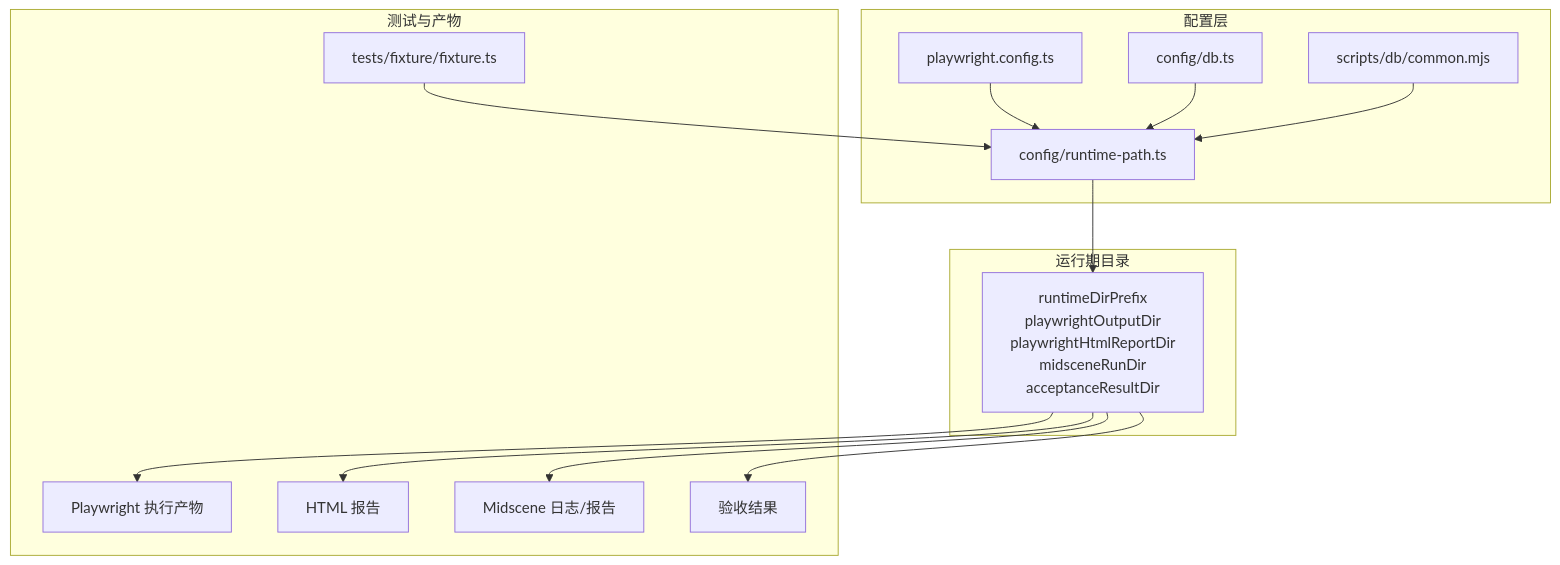
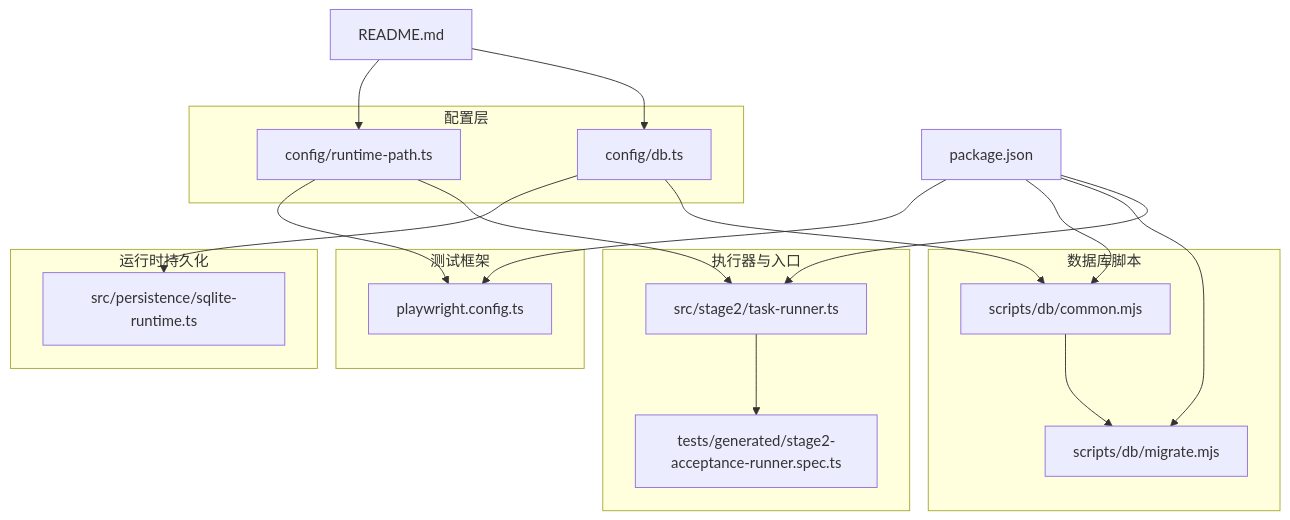
Before and after one commit to Jiane-EJ/playwright-mind: the first of 6 diagrams in .qoder/repowiki/zh/content/配置管理系统/环境变量管理.md, drawn with Mermaid. The commit also changed other lines of this file and 151 other files, not shown here.

````diff
--- a/.qoder/repowiki/zh/content/配置管理系统/环境变量管理.md
+++ b/.qoder/repowiki/zh/content/配置管理系统/环境变量管理.md
@@ -39,28 +44,35 @@
 ```mermaid
 graph TB
 subgraph "配置层"
-PWC["playwright.config.ts"]
-RTP["config/runtime-path.ts"]
-DBT["config/db.ts"]
-CMM["scripts/db/common.mjs"]
+RP["config/runtime-path.ts"]
+DBCFG["config/db.ts"]
 end
-subgraph "运行期目录"
-RDP["runtimeDirPrefix<br/>playwrightOutputDir<br/>playwrightHtmlReportDir<br/>midsceneRunDir<br/>acceptanceResultDir"]
+subgraph "测试框架"
+PCFG["playwright.config.ts"]
 end
-subgraph "测试与产物"
-FIX["tests/fixture/fixture.ts"]
-OUT1["Playwright 执行产物"]
-OUT2["HTML 报告"]
-OUT3["Midscene 日志/报告"]
-OUT4["验收结果"]
+subgraph "数据库脚本"
+CMN["scripts/db/common.mjs"]
+MIG["scripts/db/migrate.mjs"]
 end
-PWC --> RTP
-RTP --> RDP
-DBT --> RTP
-CMM --> RTP
-FIX --> RTP
-RDP --> OUT1
-RDP --> OUT2
-RDP --> OUT3
-RDP --> OUT4
+subgraph "运行时持久化"
+PERSIST["src/persistence/sqlite-runtime.ts"]
+end
+subgraph "执行器与入口"
+TR["src/stage2/task-runner.ts"]
+SPEC["tests/generated/stage2-acceptance-runner.spec.ts"]
+end
+PKG["package.json"]
+RDME["README.md"]
+RP --> PCFG
+RP --> TR
+DBCFG --> PERSIST
+DBCFG --> CMN
+CMN --> MIG
+TR --> SPEC
+PKG --> PCFG
+PKG --> CMN
+PKG --> MIG
+PKG --> TR
+RDME --> RP
+RDME --> DBCFG
 ```
````
